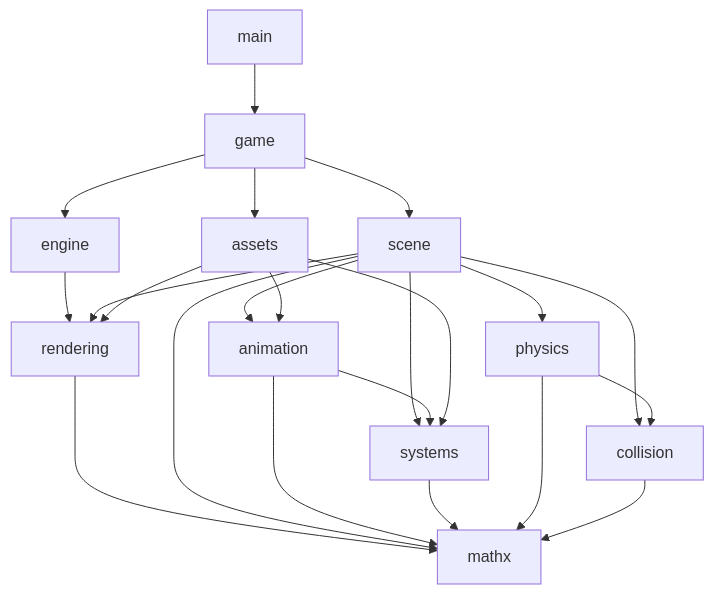
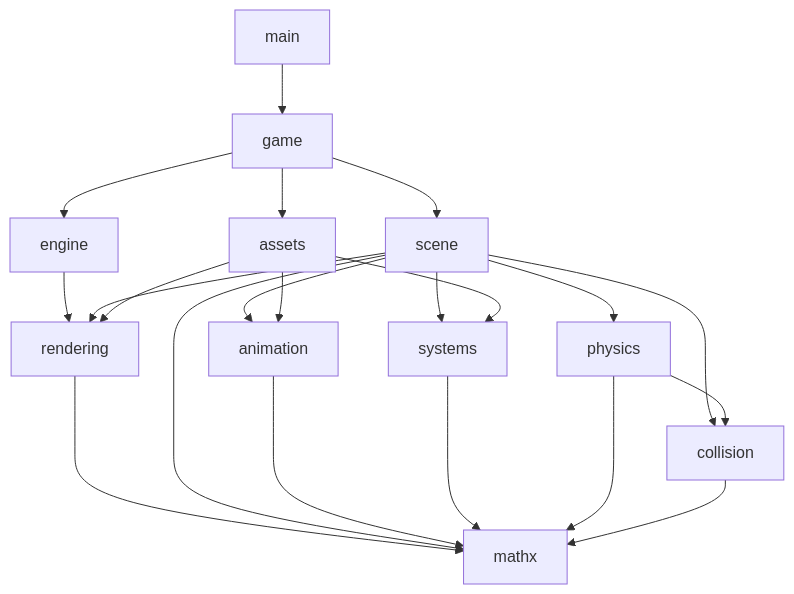
The first of 2 diagrams in docs/architecture.md (seriva/simplefps), drawn with Mermaid before and after one commit. The commit also changed other lines of this file and 23 other files, not shown here.

First line of the commit message:
Refactor engine architecture and improve performance

````diff
--- a/docs/architecture.md
+++ b/docs/architecture.md
@@ -25,17 +25,17 @@
 ```mermaid
 flowchart TD
     main --> game --> engine
     game --> scene
     game --> assets
     engine --> rendering
     scene --> rendering
     scene --> animation
     assets --> rendering & animation
     rendering --> mathx
     scene --> mathx & collision & physics & systems
-    animation --> mathx & systems
+    animation --> mathx
     systems --> mathx
     physics --> mathx & collision
     collision --> mathx
     assets --> systems
 ```
````
